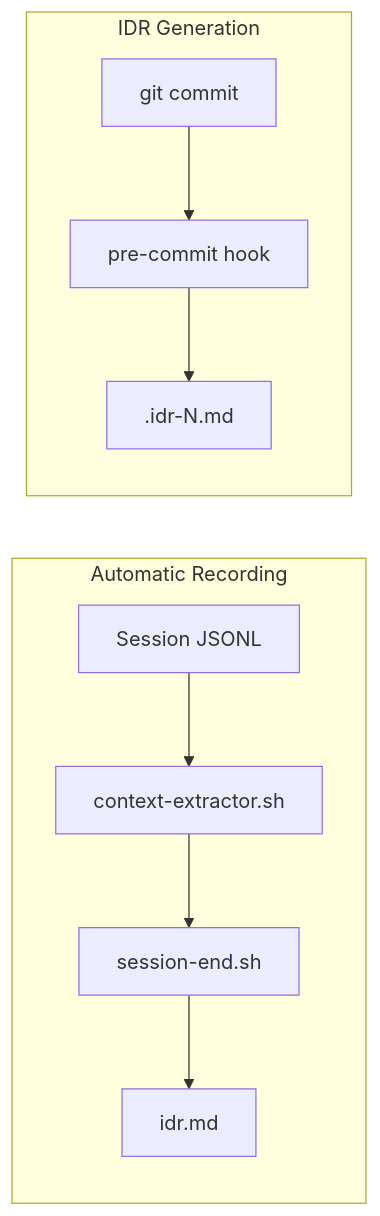
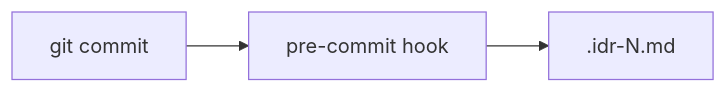
Before and after one commit to thkt/dotclaude: the diagram in rules/workflows/IDR_GENERATION.md, drawn with Mermaid. The commit also changed other lines of this file and 30 other files, not shown here.

````diff
--- a/rules/workflows/IDR_GENERATION.md
+++ b/rules/workflows/IDR_GENERATION.md
@@ -75,13 +45,5 @@
 ```mermaid
 flowchart LR
-    subgraph Auto["Automatic Recording"]
-        J[Session JSONL] --> E[context-extractor.sh]
-        E --> S[session-end.sh]
-        S --> IDR[idr.md]
-    end
-
-    subgraph Gen["IDR Generation"]
-        C[git commit] --> H[pre-commit hook]
-        H --> CF[.idr-N.md]
-    end
+    C[git commit] --> H[pre-commit hook]
+    H --> CF[.idr-N.md]
 ```
````
